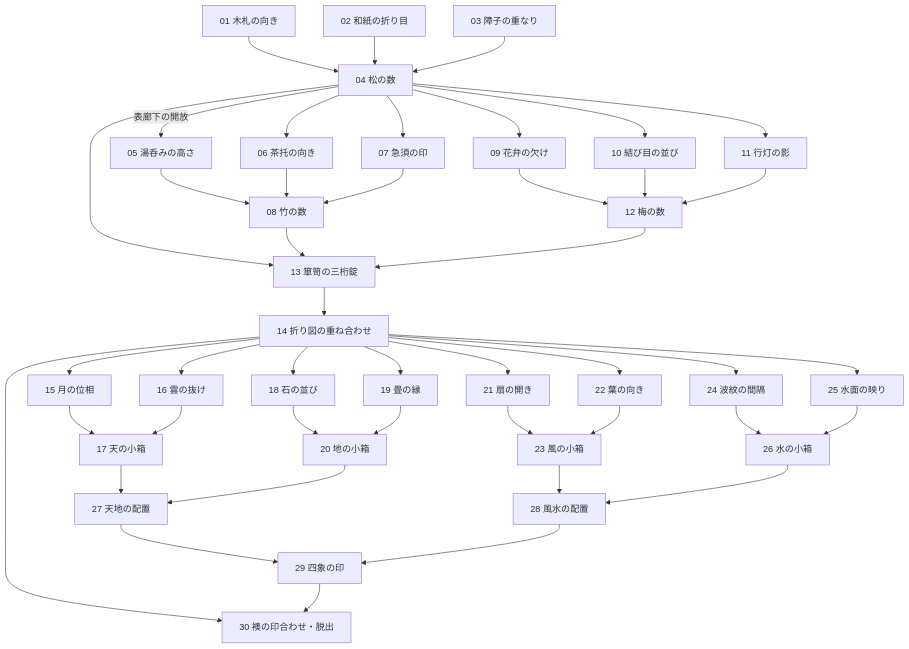
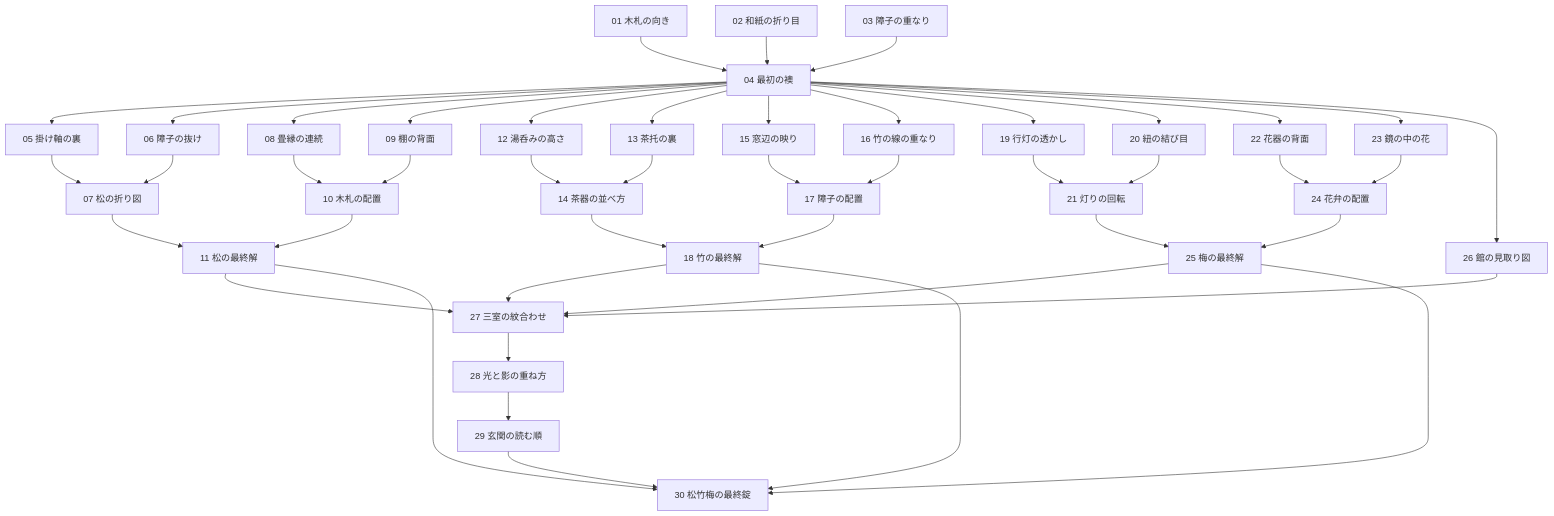
One commit to sin-skull/yohaku-room-escape changed the diagram in docs/PUZZLE-30.md. Above: the diagram before and after it, drawn with Mermaid. The commit also changed other lines of this file and 20 other files, not shown here.

````diff
--- a/docs/PUZZLE-30.md
+++ b/docs/PUZZLE-30.md
@@ -13,46 +11,47 @@
 ```mermaid
 flowchart TD
-  p01["01 木札の向き"] --> p04["04 松の数"]
+  p01["01 木札の向き"] --> p04["04 最初の襖"]
   p02["02 和紙の折り目"] --> p04
   p03["03 障子の重なり"] --> p04
-  p04 -->|"表廊下の開放"| p05
-  p04 --> p06
-  p04 --> p07
-  p04 --> p09
-  p04 --> p10
-  p04 --> p11
-  p05["05 湯呑みの高さ"] --> p08["08 竹の数"]
-  p06["06 茶托の向き"] --> p08
-  p07["07 急須の印"] --> p08
-  p09["09 花弁の欠け"] --> p12["12 梅の数"]
-  p10["10 結び目の並び"] --> p12
-  p11["11 行灯の影"] --> p12
-  p04 --> p13["13 箪笥の三桁錠"]
-  p08 --> p13
-  p12 --> p13
-  p13 --> p14["14 折り図の重ね合わせ"]
-  p14 --> p15["15 月の位相"]
-  p14 --> p16["16 雲の抜け"]
-  p15 --> p17["17 天の小箱"]
+  p04 --> p05["05 掛け軸の裏"]
+  p04 --> p06["06 障子の抜け"]
+  p04 --> p08["08 畳縁の連続"]
+  p04 --> p09["09 棚の背面"]
+  p04 --> p12["12 湯呑みの高さ"]
+  p04 --> p13["13 茶托の裏"]
+  p04 --> p15["15 窓辺の映り"]
+  p04 --> p16["16 竹の線の重なり"]
+  p04 --> p19["19 行灯の透かし"]
+  p04 --> p20["20 紐の結び目"]
+  p04 --> p22["22 花器の背面"]
+  p04 --> p23["23 鏡の中の花"]
+  p05 --> p07["07 松の折り図"]
+  p06 --> p07
+  p08 --> p10["10 木札の配置"]
+  p09 --> p10
+  p07 --> p11["11 松の最終解"]
+  p10 --> p11
+  p12 --> p14["14 茶器の並べ方"]
+  p13 --> p14
+  p15 --> p17["17 障子の配置"]
   p16 --> p17
-  p14 --> p18["18 石の並び"]
-  p14 --> p19["19 畳の縁"]
-  p18 --> p20["20 地の小箱"]
-  p19 --> p20
-  p14 --> p21["21 扇の開き"]
-  p14 --> p22["22 葉の向き"]
-  p21 --> p23["23 風の小箱"]
-  p22 --> p23
-  p14 --> p24["24 波紋の間隔"]
-  p14 --> p25["25 水面の映り"]
-  p24 --> p26["26 水の小箱"]
-  p25 --> p26
-  p17 --> p27["27 天地の配置"]
-  p20 --> p27
-  p23 --> p28["28 風水の配置"]
-  p26 --> p28
-  p27 --> p29["29 四象の印"]
-  p28 --> p29
-  p14 --> p30["30 襖の印合わせ・脱出"]
-  p29 --> p30
+  p14 --> p18["18 竹の最終解"]
+  p17 --> p18
+  p19 --> p21["21 灯りの回転"]
+  p20 --> p21
+  p22 --> p24["24 花弁の配置"]
+  p23 --> p24
+  p21 --> p25["25 梅の最終解"]
+  p24 --> p25
+  p04 --> p26["26 館の見取り図"]
+  p11 --> p27["27 三室の紋合わせ"]
+  p18 --> p27
+  p25 --> p27
+  p26 --> p27
+  p27 --> p28["28 光と影の重ね方"]
+  p28 --> p29["29 玄関の読む順"]
+  p29 --> p30["30 松竹梅の最終錠"]
+  p11 --> p30
+  p18 --> p30
+  p25 --> p30
 ```
````
